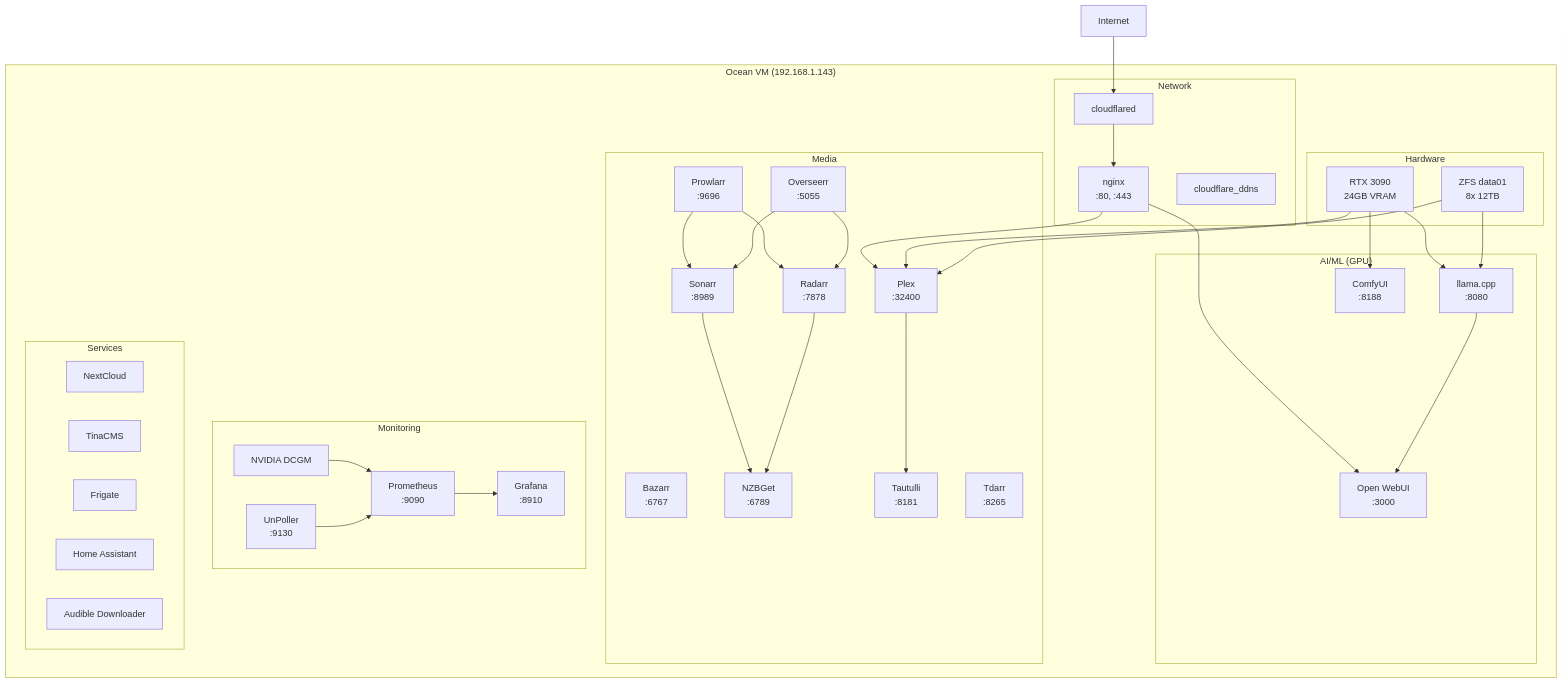
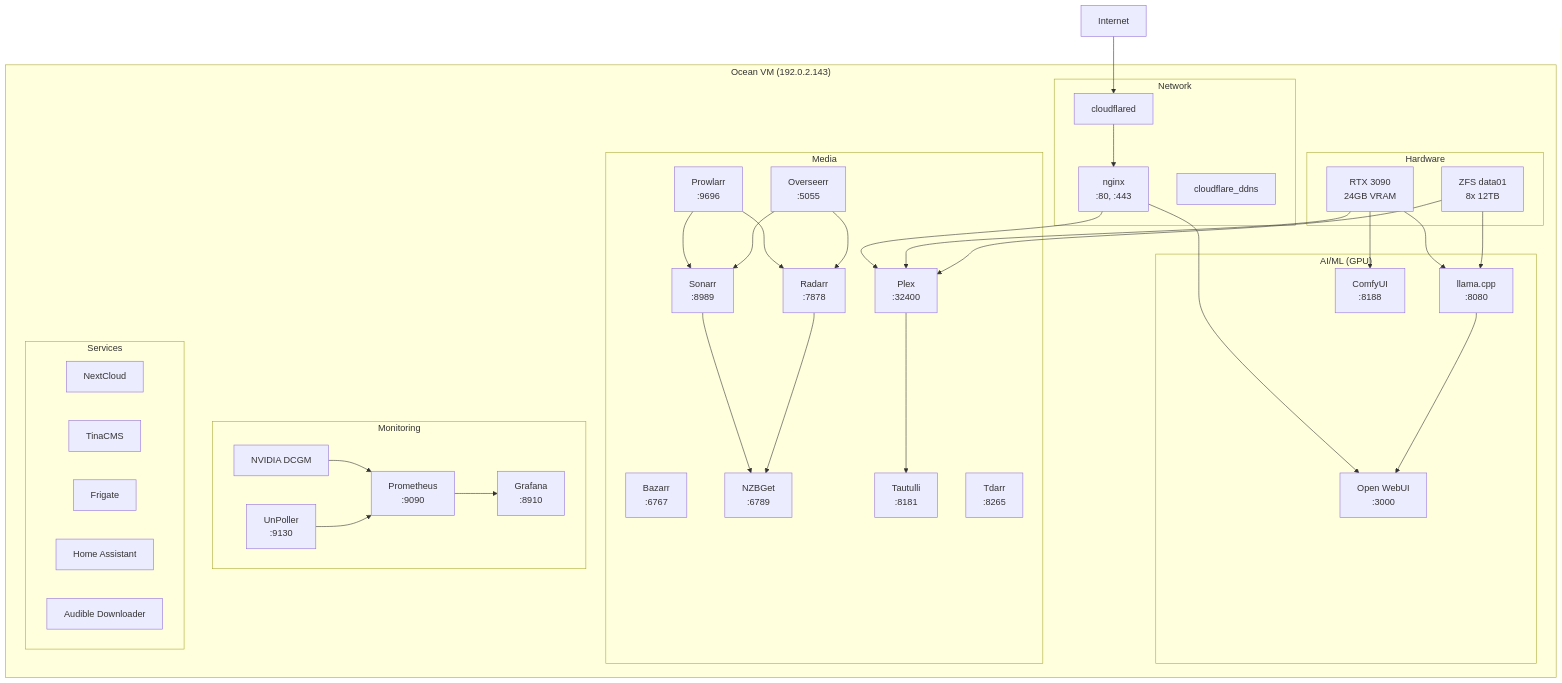
One commit to bluefishforsale/homelab changed the diagram in docs/architecture/ocean-services.md. Above: the diagram before and after it, drawn with Mermaid. The commit also changed other lines of this file and 36 other files, not shown here.

````diff
--- a/docs/architecture/ocean-services.md
+++ b/docs/architecture/ocean-services.md
@@ -9,74 +9,74 @@
 ```mermaid
 graph TB
-    subgraph ocean["Ocean VM (192.168.1.143)"]
+    subgraph ocean["Ocean VM (192.0.2.143)"]
         subgraph network["Network"]
             Nginx[nginx<br/>:80, :443]
             DDNS[cloudflare_ddns]
             Cloudflared[cloudflared]
         end
         
         subgraph ai["AI/ML (GPU)"]
             LlamaCpp[llama.cpp<br/>:8080]
             OpenWebUI[Open WebUI<br/>:3000]
             ComfyUI[ComfyUI<br/>:8188]
         end
         
         subgraph media["Media"]
             Plex[Plex<br/>:32400]
             Sonarr[Sonarr<br/>:8989]
             Radarr[Radarr<br/>:7878]
             Prowlarr[Prowlarr<br/>:9696]
             Bazarr[Bazarr<br/>:6767]
             NZBGet[NZBGet<br/>:6789]
             Overseerr[Overseerr<br/>:5055]
             Tautulli[Tautulli<br/>:8181]
             Tdarr[Tdarr<br/>:8265]
         end
         
         subgraph monitoring["Monitoring"]
             Prometheus[Prometheus<br/>:9090]
             Grafana[Grafana<br/>:8910]
             DCGM[NVIDIA DCGM]
             UnPoller[UnPoller<br/>:9130]
         end
         
         subgraph services["Services"]
             NextCloud[NextCloud]
             TinaCMS[TinaCMS]
             Frigate[Frigate]
             HomeAssistant[Home Assistant]
             Audible[Audible Downloader]
         end
         
         subgraph hardware["Hardware"]
             GPU[RTX 3090<br/>24GB VRAM]
             ZFS[ZFS data01<br/>8x 12TB]
         end
     end
     
     Internet[Internet] --> Cloudflared
     Cloudflared --> Nginx
     Nginx --> Plex
     Nginx --> OpenWebUI
     
     Prowlarr --> Sonarr
     Prowlarr --> Radarr
     Sonarr --> NZBGet
     Radarr --> NZBGet
     
     Plex --> Tautulli
     Overseerr --> Sonarr
     Overseerr --> Radarr
     
     LlamaCpp --> OpenWebUI
     GPU --> LlamaCpp
     GPU --> ComfyUI
     GPU --> Plex
     
     Prometheus --> Grafana
     DCGM --> Prometheus
     UnPoller --> Prometheus
     
     ZFS --> Plex
     ZFS --> LlamaCpp
 ```
````
